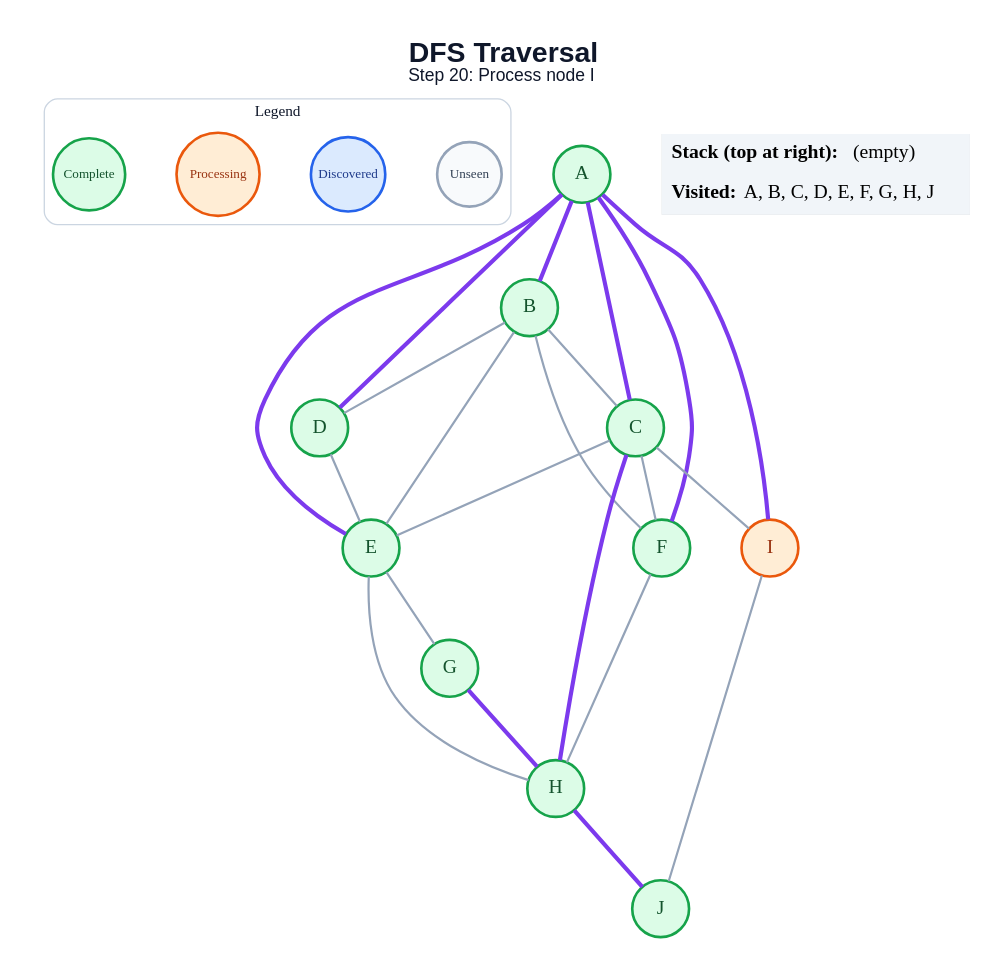
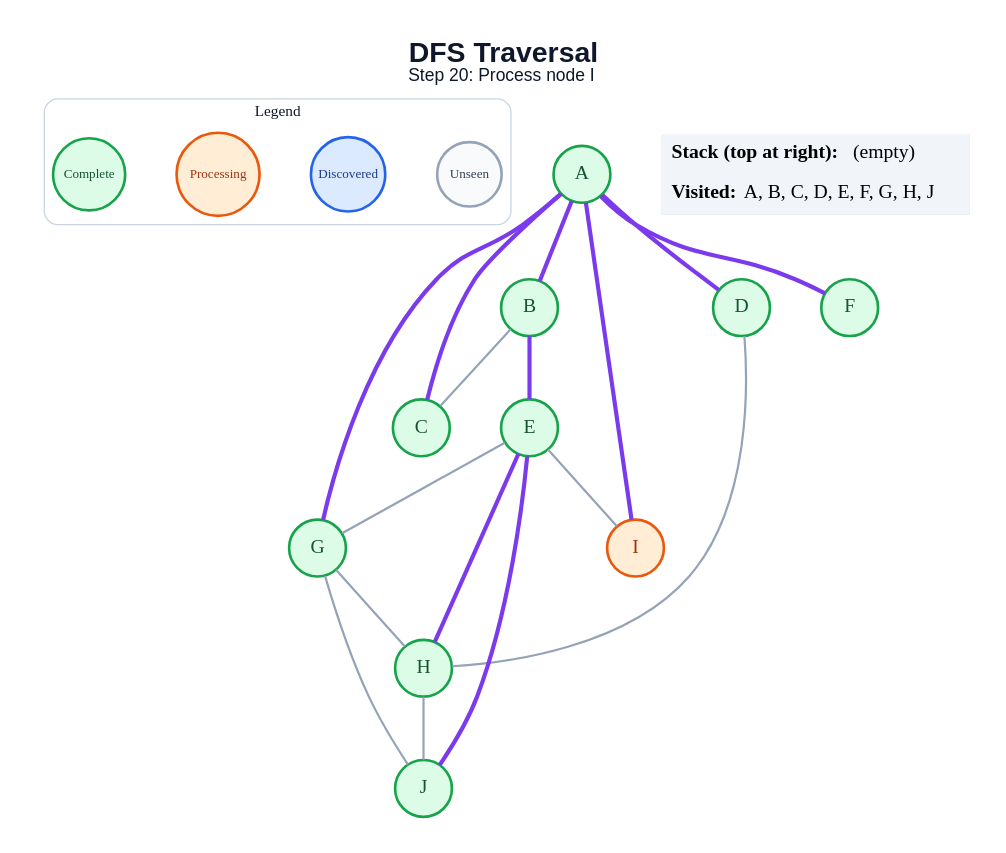
Before and after one commit to anon7238593-create/ai-slop: the diagram in generated/dfs/step_20.dot, drawn with Graphviz. The commit also changed 171 other files, not shown here.

```diff
--- a/generated/dfs/step_20.dot
+++ b/generated/dfs/step_20.dot
@@ -1,50 +1,45 @@
 graph traversal {
   graph [layout=dot, rankdir=TB, bgcolor="#FFFFFF", pad="0.35", nodesep="0.65", ranksep="0.8", fontname="Arial"];
   node [shape=circle, style="filled", fontname="Arial Bold", fontsize=18, width=0.72, fixedsize=true, penwidth=2.4];
   edge [color="#94A3B8", penwidth=2.0];
   label=<<B>DFS Traversal</B><BR/><FONT POINT-SIZE="16">Step 20: Process node I</FONT>>; labelloc="t"; fontsize=26; fontname="Arial"; fontcolor="#0F172A";
   subgraph cluster_legend { label="Legend"; color="#CBD5E1"; penwidth=1.2; style="rounded"; fontsize=14; fontname="Arial Bold";
     key_unseen [label="Unseen", fillcolor="#F8FAFC", color="#94A3B8", fontcolor="#334155", fontsize=12, width=0.82];
     key_frontier [label="Discovered", fillcolor="#DBEAFE", color="#2563EB", fontcolor="#1E3A8A", fontsize=12, width=0.95];
     key_current [label="Processing", fillcolor="#FFEDD5", color="#EA580C", fontcolor="#9A3412", fontsize=12, width=1.05];
     key_done [label="Complete", fillcolor="#DCFCE7", color="#16A34A", fontcolor="#14532D", fontsize=12, width=0.92];
     { rank=same; key_unseen; key_frontier; key_current; key_done; }
   }
   A [fillcolor="#DCFCE7", color="#16A34A", fontcolor="#14532D"];
   B [fillcolor="#DCFCE7", color="#16A34A", fontcolor="#14532D"];
   C [fillcolor="#DCFCE7", color="#16A34A", fontcolor="#14532D"];
   D [fillcolor="#DCFCE7", color="#16A34A", fontcolor="#14532D"];
   E [fillcolor="#DCFCE7", color="#16A34A", fontcolor="#14532D"];
   F [fillcolor="#DCFCE7", color="#16A34A", fontcolor="#14532D"];
   G [fillcolor="#DCFCE7", color="#16A34A", fontcolor="#14532D"];
   H [fillcolor="#DCFCE7", color="#16A34A", fontcolor="#14532D"];
   I [fillcolor="#FFEDD5", color="#EA580C", fontcolor="#9A3412"];
   J [fillcolor="#DCFCE7", color="#16A34A", fontcolor="#14532D"];
   A -- B [color="#7C3AED", penwidth=3.8];
   A -- C [color="#7C3AED", penwidth=3.8];
   A -- D [color="#7C3AED", penwidth=3.8];
-  A -- E [color="#7C3AED", penwidth=3.8];
   A -- F [color="#7C3AED", penwidth=3.8];
+  A -- G [color="#7C3AED", penwidth=3.8];
   A -- I [color="#7C3AED", penwidth=3.8];
   B -- C;
-  B -- D;
-  B -- E;
-  B -- F;
-  C -- E;
-  C -- F;
-  C -- H [color="#7C3AED", penwidth=3.8];
-  C -- I;
-  D -- E;
+  B -- E [color="#7C3AED", penwidth=3.8];
+  D -- H;
   E -- G;
-  E -- H;
-  F -- H;
-  G -- H [color="#7C3AED", penwidth=3.8];
-  H -- J [color="#7C3AED", penwidth=3.8];
-  I -- J;
+  E -- H [color="#7C3AED", penwidth=3.8];
+  E -- I;
+  E -- J [color="#7C3AED", penwidth=3.8];
+  G -- H;
+  G -- J;
+  H -- J;
   status [shape=plain, fixedsize=false, width=0, height=0, margin=0, label=<
     <TABLE BORDER="0" CELLBORDER="0" CELLPADDING="7" BGCOLOR="#F1F5F9">
       <TR><TD ALIGN="LEFT"><B>Stack (top at right):</B> (empty)</TD></TR>
       <TR><TD ALIGN="LEFT"><B>Visited:</B> A, B, C, D, E, F, G, H, J</TD></TR>
     </TABLE>
   >];
 }
```
